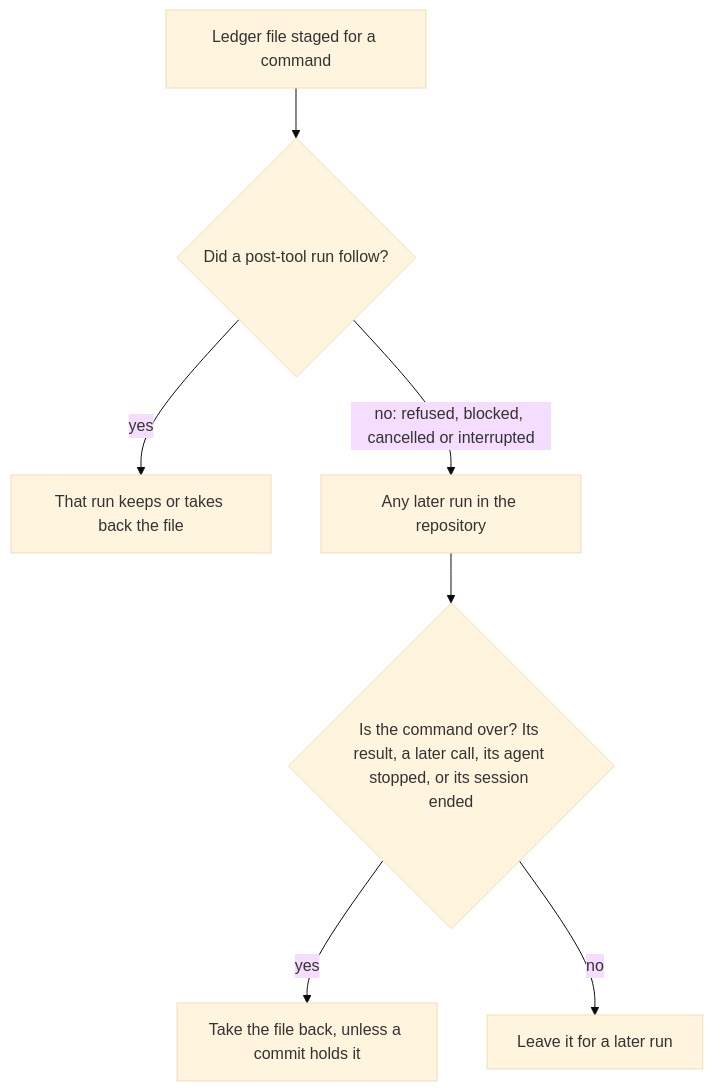
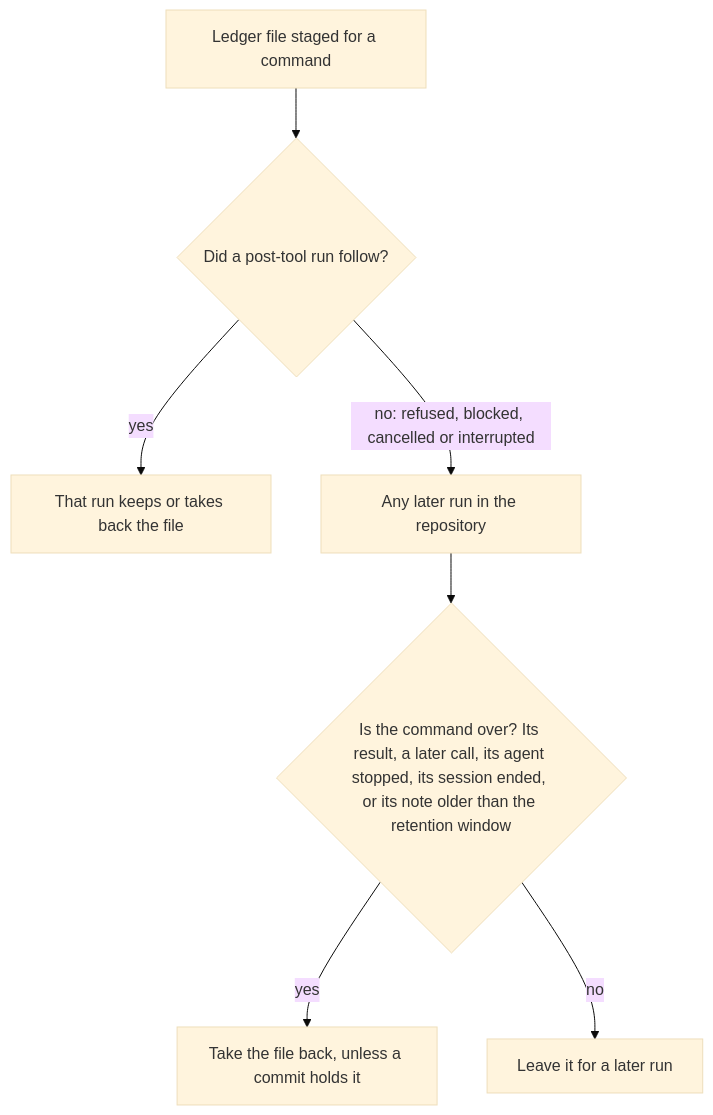
The fourth of 7 diagrams in docs/how-it-works.md (niko-kotiniemi-oss/agentic-pr-cost-calculator), drawn with Mermaid (base theme) before and after one commit. The commit also changed other lines of this file and 10 other files, not shown here.

````diff
--- a/docs/how-it-works.md
+++ b/docs/how-it-works.md
@@ -133,9 +142,9 @@
 ```mermaid
 flowchart TD
   A[Ledger file staged for a command] --> B{Did a post-tool run follow?}
   B -->|yes| C[That run keeps or takes back the file]
   B -->|no: refused, blocked, cancelled or interrupted| D[Any later run in the repository]
-  D --> E{Is the command over? Its result, a later call, its agent stopped, or its session ended}
+  D --> E{Is the command over? Its result, a later call, its agent stopped, its session ended, or its note older than the retention window}
   E -->|yes| F[Take the file back, unless a commit holds it]
   E -->|no| G[Leave it for a later run]
 ```
````
